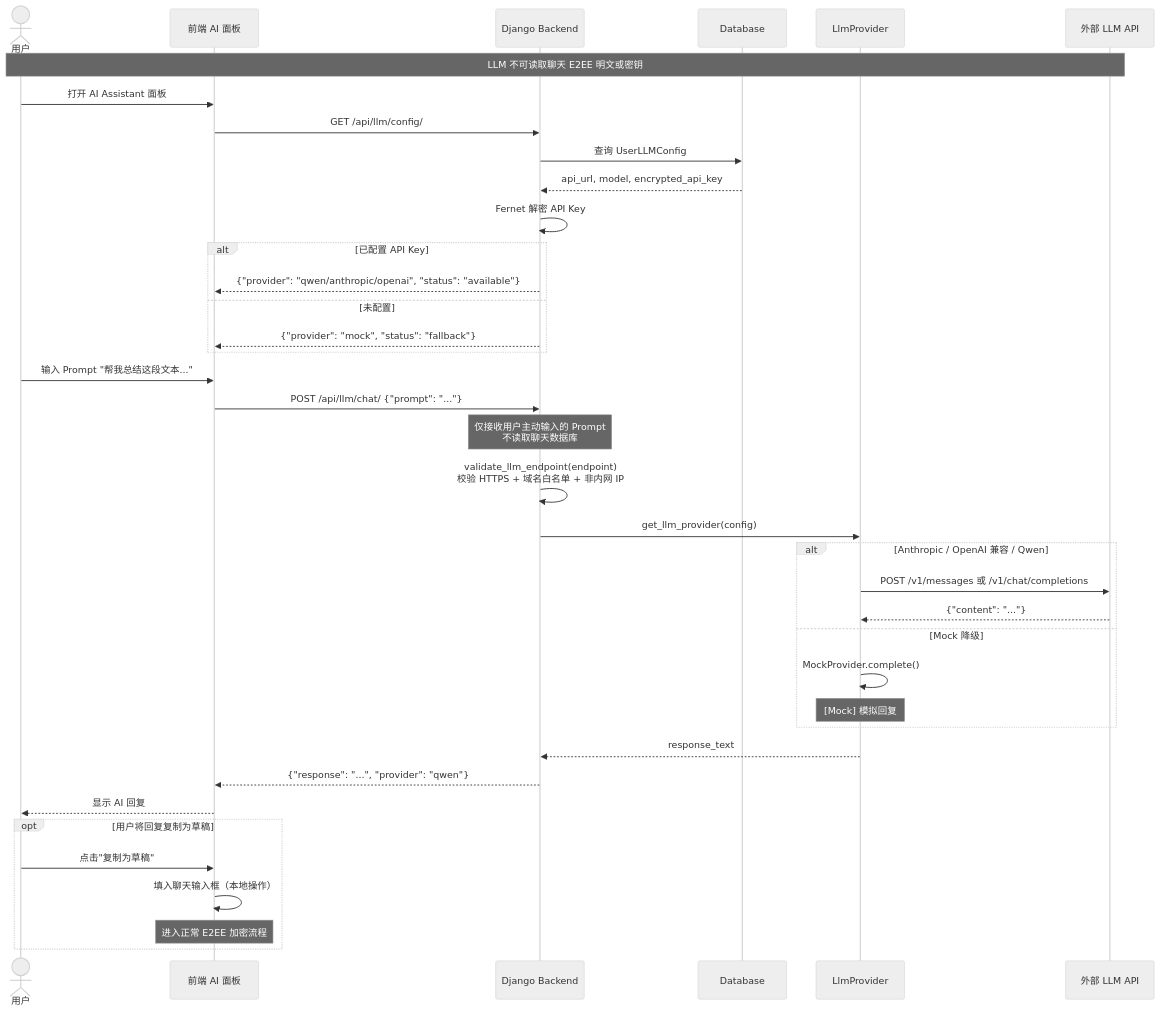
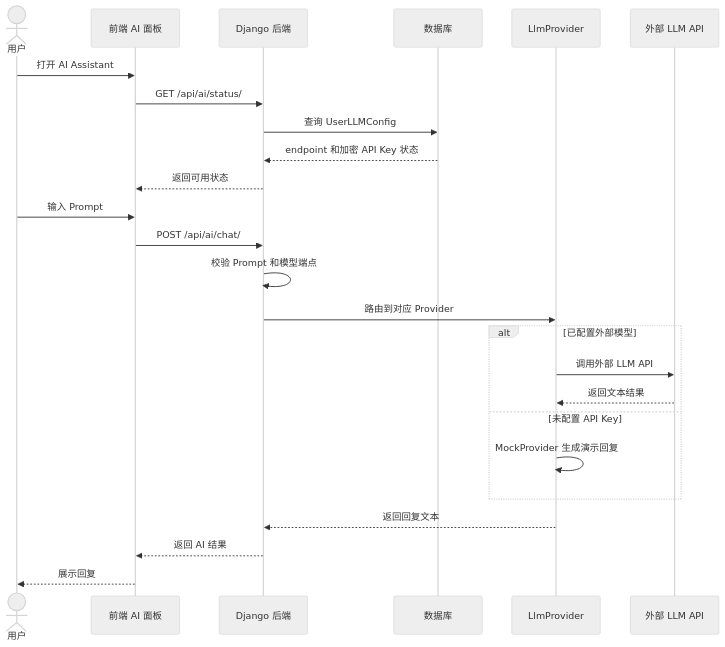
Before and after one commit to HeanX/iChat_Pro: the sixth of 10 diagrams in docs/iChat Pro UML 与架构图交付文档.md, drawn with Mermaid (neutral theme). The commit also changed other lines of this file and 22 other files, not shown here.

````diff
--- a/docs/iChat Pro UML 与架构图交付文档.md
+++ b/docs/iChat Pro UML 与架构图交付文档.md
@@ -388,47 +337,31 @@
 ```mermaid
 sequenceDiagram
     actor U as 用户
     participant FE as 前端 AI 面板
-    participant BE as Django Backend
-    participant DB as Database
-    participant LLP as LlmProvider
+    participant BE as Django 后端
+    participant DB as 数据库
+    participant LLM as LlmProvider
     participant EXT as 外部 LLM API
 
-    Note over U,EXT: LLM 不可读取聊天 E2EE 明文或密钥
+    U->>FE: 打开 AI Assistant
+    FE->>BE: GET /api/ai/status/
+    BE->>DB: 查询 UserLLMConfig
+    DB-->>BE: endpoint 和加密 API Key 状态
+    BE-->>FE: 返回可用状态
 
-    U->>FE: 打开 AI Assistant 面板
-    FE->>BE: GET /api/llm/config/
-    BE->>DB: 查询 UserLLMConfig
-    DB-->>BE: api_url, model, encrypted_api_key
-    BE->>BE: Fernet 解密 API Key
-    alt 已配置 API Key
-        BE-->>FE: {"provider": "qwen/anthropic/openai", "status": "available"}
-    else 未配置
-        BE-->>FE: {"provider": "mock", "status": "fallback"}
+    U->>FE: 输入 Prompt
+    FE->>BE: POST /api/ai/chat/
+    BE->>BE: 校验 Prompt 和模型端点
+    BE->>LLM: 路由到对应 Provider
+
+    alt 已配置外部模型
+        LLM->>EXT: 调用外部 LLM API
+        EXT-->>LLM: 返回文本结果
+    else 未配置 API Key
+        LLM->>LLM: MockProvider 生成演示回复
     end
 
-    U->>FE: 输入 Prompt "帮我总结这段文本..."
-    FE->>BE: POST /api/llm/chat/ {"prompt": "..."}
-    Note over BE: 仅接收用户主动输入的 Prompt<br/>不读取聊天数据库
-
-    BE->>BE: validate_llm_endpoint(endpoint)<br/>校验 HTTPS + 域名白名单 + 非内网 IP
-    BE->>LLP: get_llm_provider(config)
-
-    alt Anthropic / OpenAI 兼容 / Qwen
-        LLP->>EXT: POST /v1/messages 或 /v1/chat/completions
-        EXT-->>LLP: {"content": "..."}
-    else Mock 降级
-        LLP->>LLP: MockProvider.complete()
-        Note over LLP: [Mock] 模拟回复
-    end
-
-    LLP-->>BE: response_text
-    BE-->>FE: {"response": "...", "provider": "qwen"}
-    FE-->>U: 显示 AI 回复
-
-    opt 用户将回复复制为草稿
-        U->>FE: 点击"复制为草稿"
-        FE->>FE: 填入聊天输入框（本地操作）
-        Note over FE: 进入正常 E2EE 加密流程
-    end
+    LLM-->>BE: 返回回复文本
+    BE-->>FE: 返回 AI 结果
+    FE-->>U: 展示回复
 ```
````
